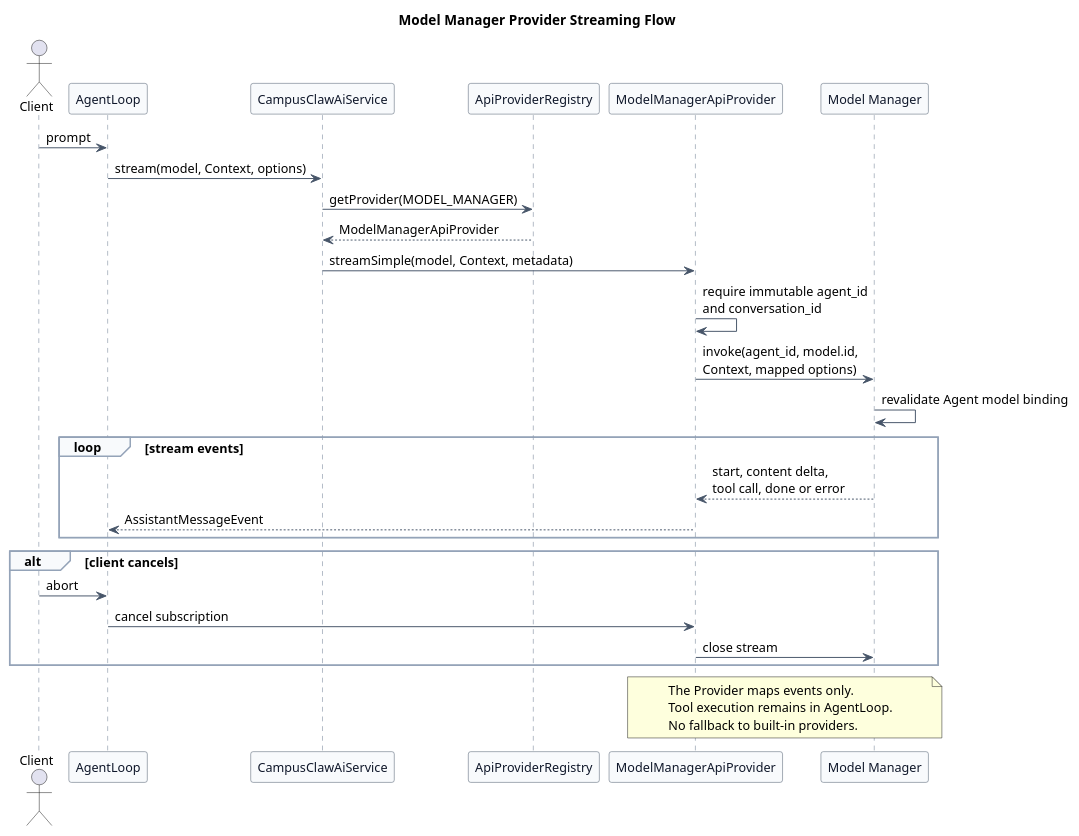
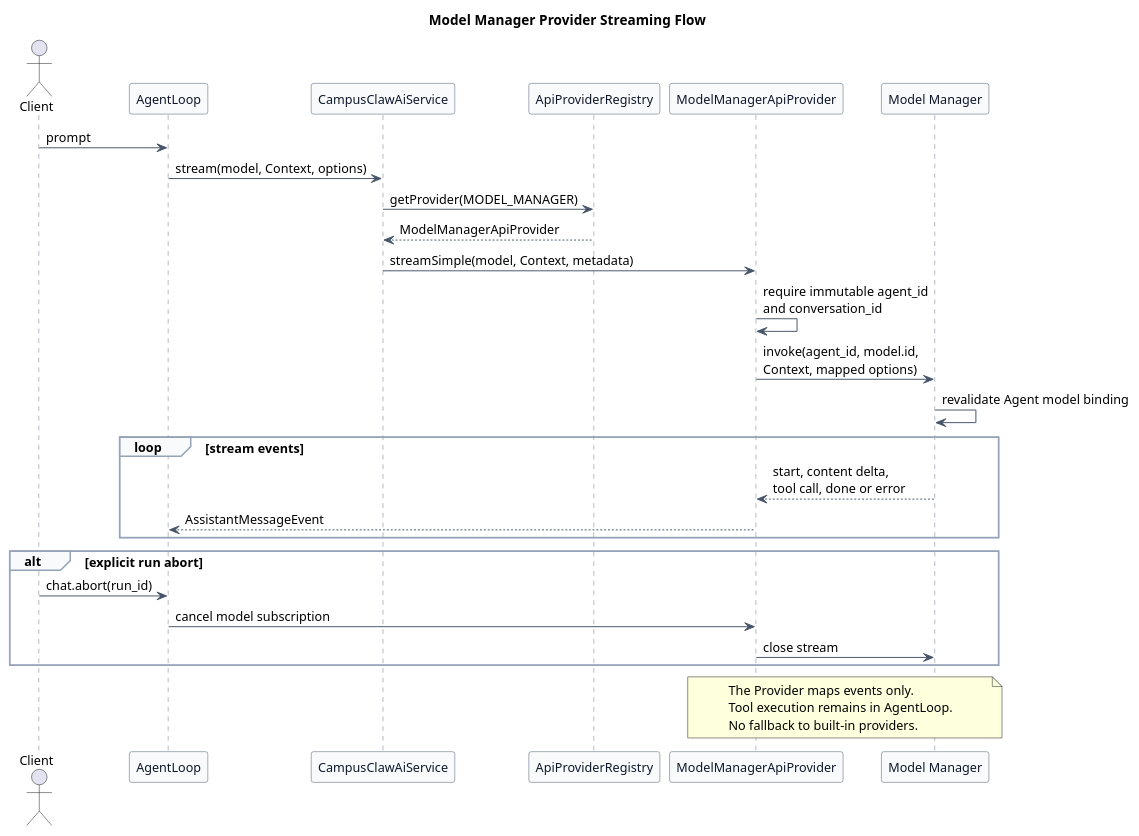
The fifth of 5 diagrams in pi-mono-java-manager-driven-multi-agent-runtime/diagram.puml (superheromeZzh/pi-mono-java-design), drawn with PlantUML before and after one commit. The commit also changed other lines of this file and 6 other files, not shown here.

```diff
--- a/pi-mono-java-manager-driven-multi-agent-runtime/diagram.puml
+++ b/pi-mono-java-manager-driven-multi-agent-runtime/diagram.puml
@@ -233,63 +358,63 @@
 @startuml model_manager_streaming_flow
 title Model Manager Provider Streaming Flow
 
 ' Source evidence:
 ' pi-mono packages/ai/src/types.ts: Model, Context, AssistantMessageEvent
 ' pi-mono-java modules/ai/src/main/java/com/campusclaw/ai/provider/ApiProvider.java: ApiProvider
 ' pi-mono-java modules/ai/src/main/java/com/campusclaw/ai/provider/ApiProviderRegistry.java: ApiProviderRegistry
 ' pi-mono-java modules/ai/src/main/java/com/campusclaw/ai/types/SimpleStreamOptions.java: metadata
 ' pi-mono-java modules/ai/src/main/java/com/campusclaw/ai/stream/AssistantMessageEvent.java: event records
 ' Observed behavior: Java dispatches by Model.api to a Spring-discovered ApiProvider.
 ' Architecture change: one MODEL_MANAGER Api routes every managed model through Model Manager.
 ' Design reason: model_id selects the model while agent_id authorizes it for the current Agent.
 
 skinparam backgroundColor #FFFFFF
 skinparam shadowing false
 skinparam defaultFontName Arial
 skinparam defaultFontSize 13
 skinparam participant {
   BackgroundColor #F8FAFC
   BorderColor #475569
   FontColor #0F172A
 }
 skinparam ArrowColor #475569
 skinparam sequence {
   LifeLineBorderColor #64748B
   LifeLineBackgroundColor #F8FAFC
   GroupBorderColor #94A3B8
   GroupBackgroundColor #F8FAFC
 }
 
 actor Client
 participant "AgentLoop" as Loop
 participant "CampusClawAiService" as AiService
 participant "ApiProviderRegistry" as Registry
 participant "ModelManagerApiProvider" as Provider
 participant "Model Manager" as ModelManager
 
 Client -> Loop : prompt
 Loop -> AiService : stream(model, Context, options)
 AiService -> Registry : getProvider(MODEL_MANAGER)
 Registry --> AiService : ModelManagerApiProvider
 AiService -> Provider : streamSimple(model, Context, metadata)
 Provider -> Provider : require immutable agent_id\nand conversation_id
 Provider -> ModelManager : invoke(agent_id, model.id,\nContext, mapped options)
 ModelManager -> ModelManager : revalidate Agent model binding
 
 loop stream events
   ModelManager --> Provider : start, content delta,\ntool call, done or error
   Provider --> Loop : AssistantMessageEvent
 end
 
-alt client cancels
-  Client -> Loop : abort
-  Loop -> Provider : cancel subscription
+alt explicit run abort
+  Client -> Loop : chat.abort(run_id)
+  Loop -> Provider : cancel model subscription
   Provider -> ModelManager : close stream
 end
 
 note over Provider,ModelManager
 The Provider maps events only.
 Tool execution remains in AgentLoop.
 No fallback to built-in providers.
 end note
 @enduml
```
